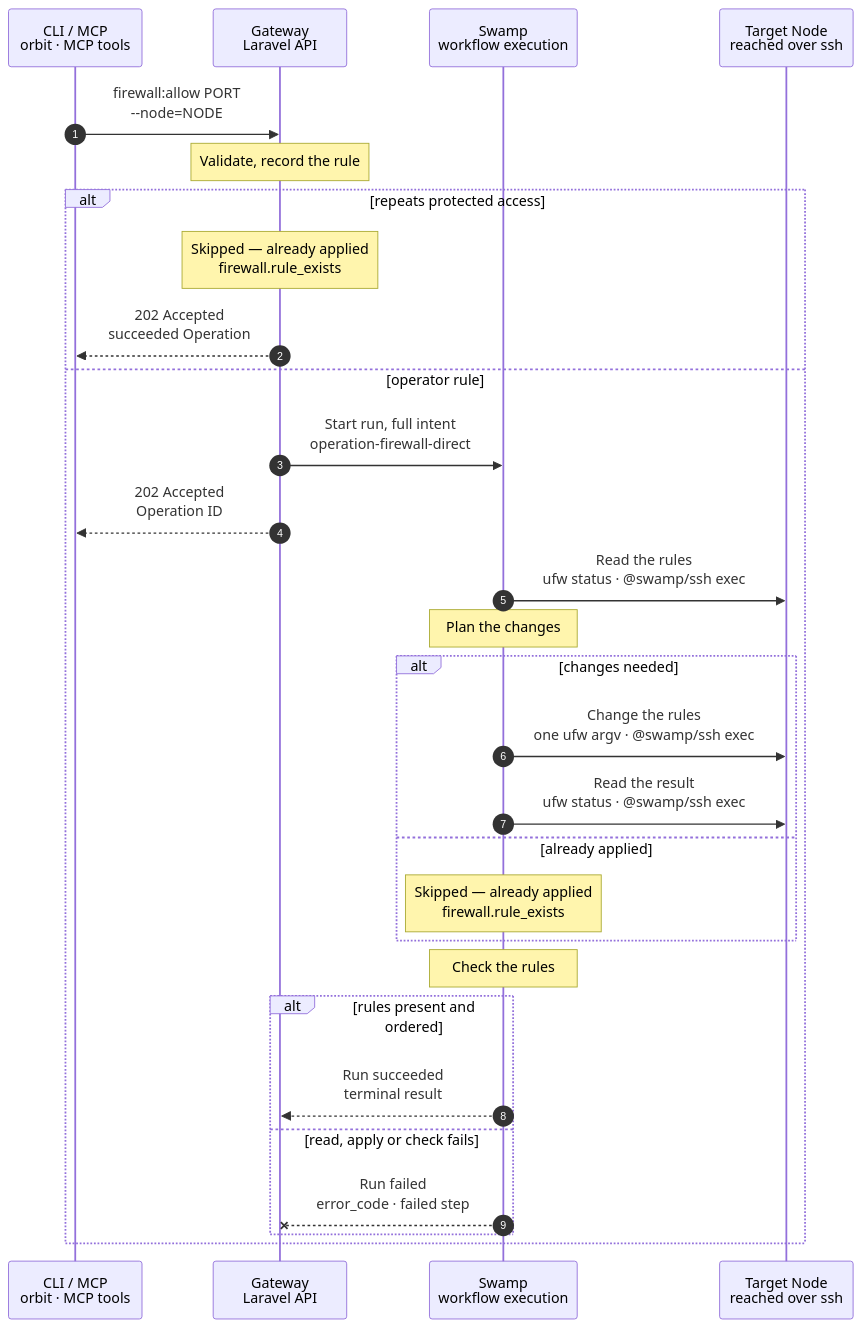
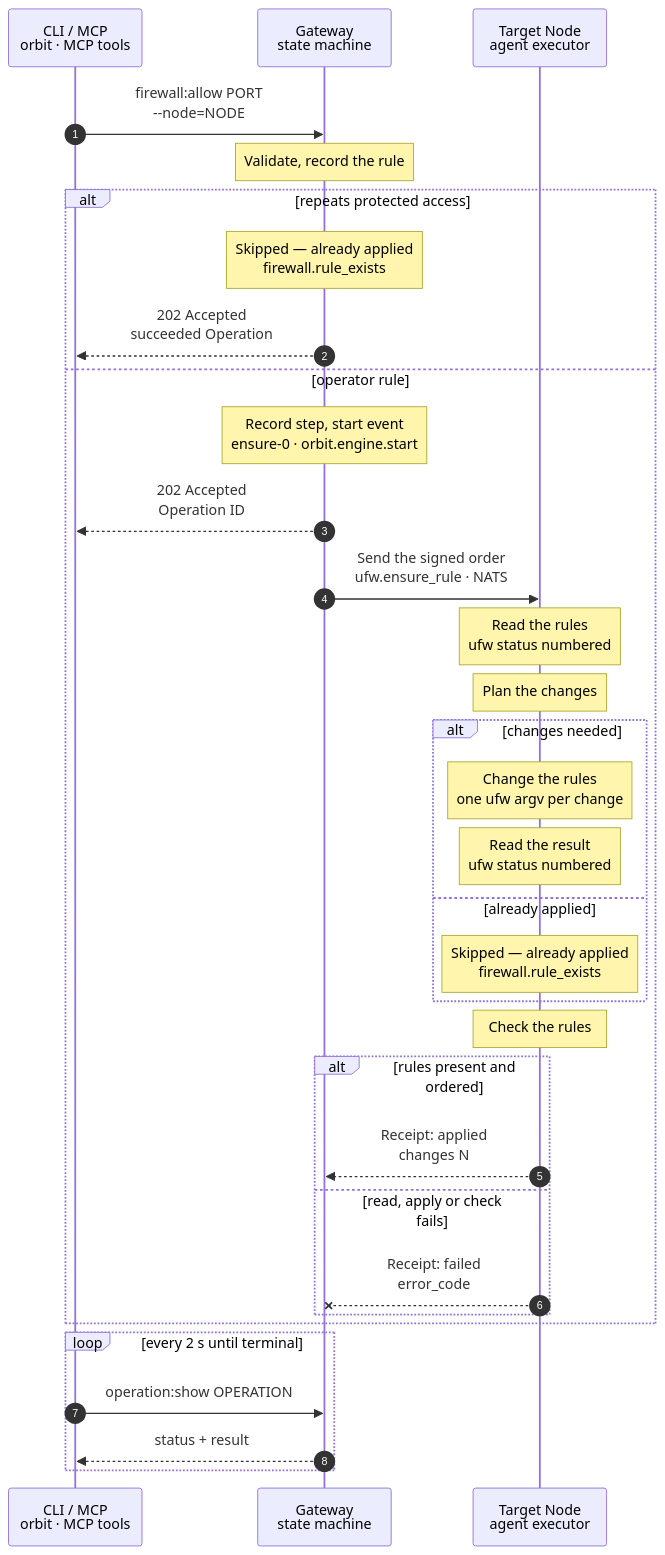
Before and after one commit to hardimpactdev/orbit: the diagram in docs/cli/firewall/allow.mmd, drawn with Mermaid. The commit also changed 8 other files, not shown here.

Commit message:
Docs: Gateway engine reference, executor bus, firewall charts on the engine; report a no-op remove as firewall.rule_absent

```diff
--- a/docs/cli/firewall/allow.mmd
+++ b/docs/cli/firewall/allow.mmd
@@ -1,100 +1,108 @@
 sequenceDiagram
-  %% Target design: docs/cli/firewall/index.mdx; ADR 0244 and ADR 0245; Swamp shape.
-  %% Tightened: flow-tighten 2026-11-03, rule 22 (no script: one ufw argv per change over @swamp/ssh exec; a typed step plans positions).
+  %% Target design: docs/cli/firewall/index.mdx; ADR 0244 and ADR 0245 (rules, admission); ADR 0271 and docs/reference/gateway-engine.md (execution).
+  %% Engine flow: the kind runs on the Gateway state machine when ORBIT_ENGINE_KINDS lists it and the target Node's executor reported `ufw.ensure_rule`; otherwise it still runs the Swamp workflow operation-firewall-direct, which goes once every Node reports.
   %% status: draft
   %% command: firewall:allow
   %% kind: firewall.allow
   autonumber
   %% lane CLI icon=terminal pill=caller tone=gray
-  %% lane GW icon=gateway pill=intent tone=blue
-  %% lane SW icon=workflow pill=executes tone=green
+  %% lane GW icon=gateway pill=executes tone=blue
   %% lane N icon=server pill=target tone=amber
   participant CLI as CLI / MCP<br/>orbit · MCP tools
-  participant GW as Gateway<br/>Laravel API
-  participant SW as Swamp<br/>workflow execution
-  participant N as Target Node<br/>reached over ssh
+  participant GW as Gateway<br/>state machine
+  participant N as Target Node<br/>agent executor
   CLI->>GW: firewall:allow PORT<br/>--node=NODE
   %%> Command:
   %%> - `orbit firewall:allow PORT --node=NODE`
   %%> - syntax: `<port> --node=ID [--from=SOURCE] [--protocol=tcp|udp] [--label=TEXT]`
   Note over GW: Validate, record the rule
   %%> Requirements:
   %%> - the calling Node has an access grant to the target (`node_access.required`); the target is Linux (`firewall.platform_unsupported`)
   %%> - the port, source, protocol and label pass validation; admission refusals create no rule or Operation and change nothing on the Node
   %%> - no other firewall change holds the target (`operation.target_busy`); one lock per Node, including the protected-access skip
   alt repeats protected access
-    %% path: protected-port-skip
     Note over GW: Skipped — already applied<br/>firewall.rule_exists
     %%> What it does:
     %%> - the ports lie inside one protected port or range Orbit opens, and the source is one that entry admits
     %%> - a range extending beyond that entry or a source it does not admit takes the operator-rule path
     %%> Result:
-    %%> - records a succeeded Operation without an operator rule, Swamp run or Node contact; this branch uses recorded intent, not a UFW check
+    %%> - records a succeeded Operation without an operator rule, order or Node contact; this branch uses recorded intent, not a UFW check
     GW-->>CLI: 202 Accepted<br/>succeeded Operation
   else operator rule
-    %% path: operator-rule
+    Note over GW: Record step, start event<br/>ensure-0 · orbit.engine.start
     %%> Requirements:
     %%> - an opposite action for the same port, protocol and normalized source is refused (`firewall.rule_conflict`)
     %%> - a both-protocol rule beside a single-protocol rule on the same port and source is refused, for either action (`firewall.rule_overlap`)
     %%> Allowed:
     %%> - different source scopes may overlap; narrower sources take precedence regardless of action
     %%> - a repeat reuses the identity record and checks the Node in a new Operation; a label-only repeat updates the recorded label without rewriting correct UFW comments
     %%> Result:
-    %%> - records the new or reused rule as provisioning and captures the full non-secret intent; nothing has happened on the Node yet
-    GW->>SW: Start run, full intent<br/>operation-firewall-direct
+    %%> - records the new or reused rule as provisioning, the full non-secret intent, and the engine step `ensure-0`
+    %%> - publishes the start event on JetStream; the state machine takes it from there; nothing has happened on the Node yet
+    GW-->>CLI: 202 Accepted<br/>Operation ID
+    GW->>N: Send the signed order<br/>ufw.ensure_rule · NATS
+    %%> What it does:
+    %%> - signs one order for the target Node: operation `<id>:ensure-0`, target the Node itself, so its firewall changes run one at a time
+    %%> - publishes it to the Node's durable consumer on the ORDERS stream, over NATS on WireGuard
     %%> Inputs:
-    %%> - the exact rule tuple and comment, target address and pinned SSH host keys
-    %%> - the shared SSH identity comes from the worker's swamp role; steps never call the Gateway
-    GW-->>CLI: 202 Accepted<br/>Operation ID
-    SW->>N: Read the rules<br/>ufw status · @swamp/ssh exec
+    %%> - `action`, `port`, `protocol`, `source`, `comment`, `ensure: present`, `retain`
+    %%> Deadline:
+    %%> - a JetStream schedule wakes the step after 10 s; with no receipt by then, a new order goes out; after 120 s the step fails with `engine.step_budget_exceeded`
+    %%> - an order older than its 8 s expiry is refused as `expired`, and the Gateway sends a new one
+    %%> Why the engine:
+    %%> - measured on the nested fleet: 0.55–0.67 s per Operation, against 2.8–3.7 s on Swamp; a repeat takes 62 ms on the Node
+    Note over N: Read the rules<br/>ufw status numbered
     %%> What it does:
-    %%> - reads numbered UFW rows to plan insert positions and detect drift on a repeat
+    %%> - the executor checks the order's signature, then reads numbered UFW rows to plan insert positions and detect drift on a repeat
     %%> - inactive UFW fails with `firewall.backend_inactive` before mutation; never enables the firewall
-    Note over SW: Plan the changes
+    Note over N: Plan the changes
     %%> What it does:
     %%> - plans missing lines and moves misplaced lines; leaves identical, well-placed lines and their comments untouched
     %%> - only overlapping ports, protocols and source networks can make an existing line misplaced; unrelated managed trust does not force a move
     %%> - managed allows, including interface- and destination-scoped trust, do not force an existing allow to move: they cannot change its verdict; an overlapping deny still requires a move
     %%> - places new operator lines above Orbit's broad managed rules and narrower sources above broader ones; each address family is ordered separately
     %%> - plans one allow per selected protocol and applicable address family; a port range stays a range
     %%> - numbered positions account for earlier planned changes
-    %%> Why native:
-    %%> - official cfgmgmt firewall cannot insert at a position or express a range; each mutation is one UFW argv over official SSH, with no copied script
+    %%> How:
+    %%> - the typed primitive `ufw.ensure_rule` in the executor (crate `firewall`, a port of the former Swamp planner)
     alt changes needed
-      %% path: changes-needed
-      SW->>N: Change the rules<br/>one ufw argv · @swamp/ssh exec
+      Note over N: Change the rules<br/>one ufw argv per change
       %%> What it does:
-      %%> - executes changes sequentially; a native guard skips entries requiring no work
-      %%> - moves a misplaced line by deleting and reinserting it; preserves unrelated rules
-      SW->>N: Read the result<br/>ufw status · @swamp/ssh exec
+      %%> - runs the planned ufw commands one at a time; moves a misplaced line by deleting and reinserting it; preserves unrelated rules
+      Note over N: Read the result<br/>ufw status numbered
       %%> What it does:
       %%> - collects the final rows for the one end-state check
     else already applied
-      %% path: already-applied
-      Note over SW: Skipped — already applied<br/>firewall.rule_exists
+      Note over N: Skipped — already applied<br/>firewall.rule_exists
       %%> Result:
       %%> - no mutation or second UFW read; the check uses the first read and must pass before a successful skip is reported
     end
-    Note over SW: Check the rules
+    Note over N: Check the rules
     %%> What it does:
-    %%> - a typed check compares every expected line and its narrow-first position; native assert requires the check to pass
-    %%> - the public result comes from the check, not a separate report step
+    %%> - compares every expected line and its narrow-first position
     %%> Failure:
     %%> - a missing or misplaced line fails with `firewall.verify_failed`
     alt rules present and ordered
-      %% path: succeeded
-      SW-->>GW: Run succeeded<br/>terminal result
+      N-->>GW: Receipt: applied<br/>changes N
       %%> Result:
-      %%> - the Gateway's shared reader marks the rule active and the Operation succeeded
+      %%> - the receipt goes to the RECEIPTS stream; the order is acknowledged only after JetStream stored it
+      %%> - the state machine marks the step done and calls the kind's projection: the rule becomes active and the Operation succeeds
+      %%> - `changes: 0` reports `Skipped — already applied (firewall.rule_exists)` in the successful result
     else read, apply or check fails
-      %% path: failed
-      SW--xGW: Run failed<br/>error_code · failed step
+      N--xGW: Receipt: failed<br/>error_code
       %%> Result:
-      %%> - the rule stays visible as failed and the Operation fails; the rule records the Operation's `error_code` and `failed_step` for `firewall:list`
-      %%> - a native step stopping before a public check result reports `operation.native_failed`
+      %%> - the rule stays visible as failed and the Operation fails with `failed_step: ensure-0`; the rule records the `error_code` for `firewall:list`
       %%> On the Node:
       %%> - previously added lines remain, and a line deleted for reordering may be absent; no rollback
       %%> Retry:
       %%> - repeat after fixing the cause; reuse the record, keep correct lines and repair missing or misplaced ones without duplicates
     end
   end
+  loop every 2 s until terminal
+    CLI->>GW: operation:show OPERATION
+    %%> What it does:
+    %%> - asks for the Operation's status until it has ended; the steps list shows `ensure-0`
+    GW-->>CLI: status + result
+    %%> Returns:
+    %%> - the current status, and the result once the Operation has ended
+  end
```
